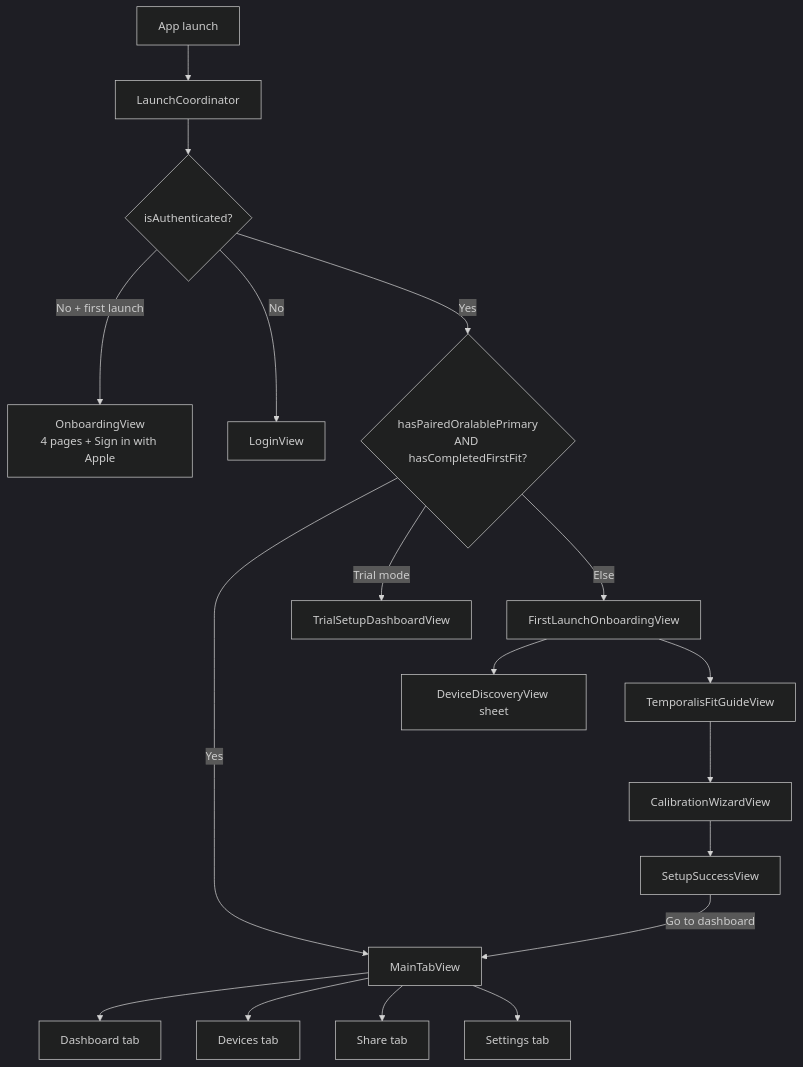
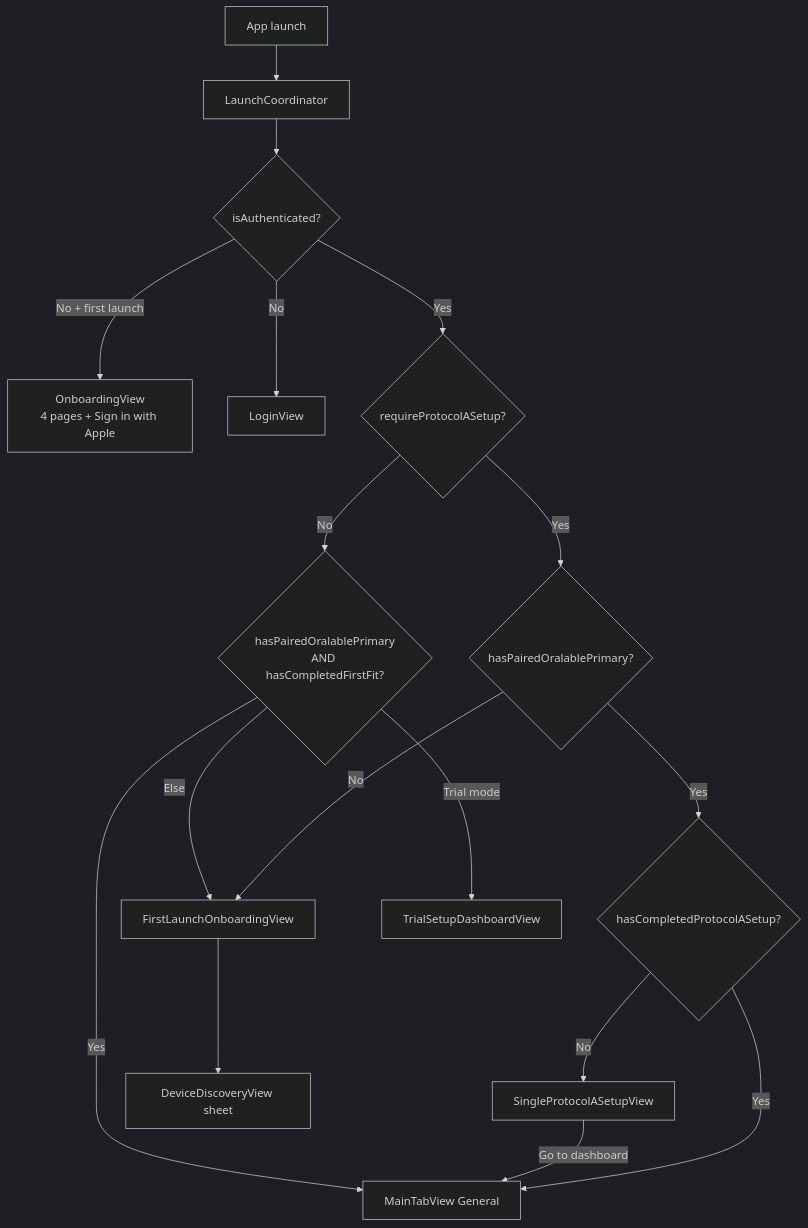
The sixth of 11 diagrams in docs/MOBILE_APP_FLOWS.md (johnacogan67/oralable_swift), drawn with Mermaid (dark theme) before and after one commit. The commit also changed other lines of this file and 4 other files, not shown here.

````diff
--- a/docs/MOBILE_APP_FLOWS.md
+++ b/docs/MOBILE_APP_FLOWS.md
@@ -171,20 +171,19 @@
 ```mermaid
 flowchart TD
     START[App launch] --> LC[LaunchCoordinator]
     LC --> AUTH{isAuthenticated?}
     AUTH -->|No + first launch| OB[OnboardingView<br/>4 pages + Sign in with Apple]
     AUTH -->|No| LOGIN[LoginView]
-    AUTH -->|Yes| SETUP{hasPairedOralablePrimary<br/>AND hasCompletedFirstFit?}
-    SETUP -->|Yes| MAIN[MainTabView]
+    AUTH -->|Yes| REQ{requireProtocolASetup?}
+    REQ -->|Yes| PAIR{hasPairedOralablePrimary?}
+    PAIR -->|No| FIRST[FirstLaunchOnboardingView]
+    PAIR -->|Yes| PA{hasCompletedProtocolASetup?}
+    PA -->|No| PROTO[SingleProtocolASetupView]
+    PA -->|Yes| MAIN[MainTabView General]
+    PROTO -->|Go to dashboard| MAIN
+    REQ -->|No| SETUP{hasPairedOralablePrimary<br/>AND hasCompletedFirstFit?}
+    SETUP -->|Yes| MAIN
     SETUP -->|Trial mode| TRIAL[TrialSetupDashboardView]
-    SETUP -->|Else| FIRST[FirstLaunchOnboardingView]
+    SETUP -->|Else| FIRST
     FIRST --> DISC[DeviceDiscoveryView sheet]
-    FIRST --> FIT[TemporalisFitGuideView]
-    FIT --> CAL[CalibrationWizardView]
-    CAL --> OK[SetupSuccessView]
-    OK -->|Go to dashboard| MAIN
-    MAIN --> TAB1[Dashboard tab]
-    MAIN --> TAB2[Devices tab]
-    MAIN --> TAB3[Share tab]
-    MAIN --> TAB4[Settings tab]
 ```
````
